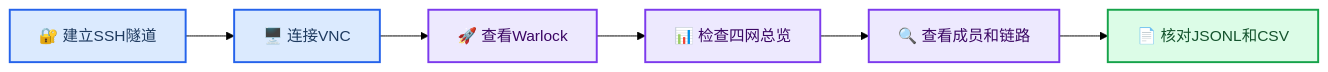
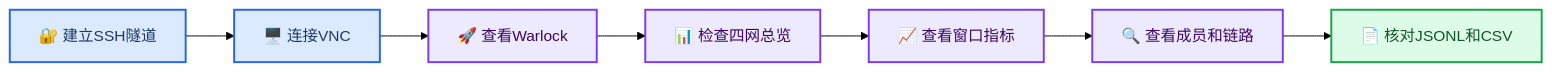
One commit to violetnozomi/afsim changed the diagram in docs/功能使用手册.md. Above: the diagram before and after it, drawn with Mermaid (forest theme). The commit also changed other lines of this file and 21 other files, not shown here.

````diff
--- a/docs/功能使用手册.md
+++ b/docs/功能使用手册.md
@@ -27,19 +30,20 @@
 ```mermaid
 flowchart LR
     accTitle: Network Resource Manager Usage
     accDescr: The operator connects from Windows, opens the prepared four-network scenario in Warlock, inspects live resources, and verifies persisted reports.
 
     tunnel["🔐 建立SSH隧道"] --> viewer["🖥️ 连接VNC"]
     viewer --> warlock["🚀 查看Warlock"]
     warlock --> overview["📊 检查四网总览"]
-    overview --> detail["🔍 查看成员和链路"]
+    overview --> metrics["📈 查看窗口指标"]
+    metrics --> detail["🔍 查看成员和链路"]
     detail --> output["📄 核对JSONL和CSV"]
 
     classDef access fill:#dbeafe,stroke:#2563eb,stroke-width:2px,color:#1e3a5f
     classDef inspect fill:#ede9fe,stroke:#7c3aed,stroke-width:2px,color:#3b0764
     classDef result fill:#dcfce7,stroke:#16a34a,stroke-width:2px,color:#14532d
 
     class tunnel,viewer access
-    class warlock,overview,detail inspect
+    class warlock,overview,metrics,detail inspect
     class output result
 ```
````
